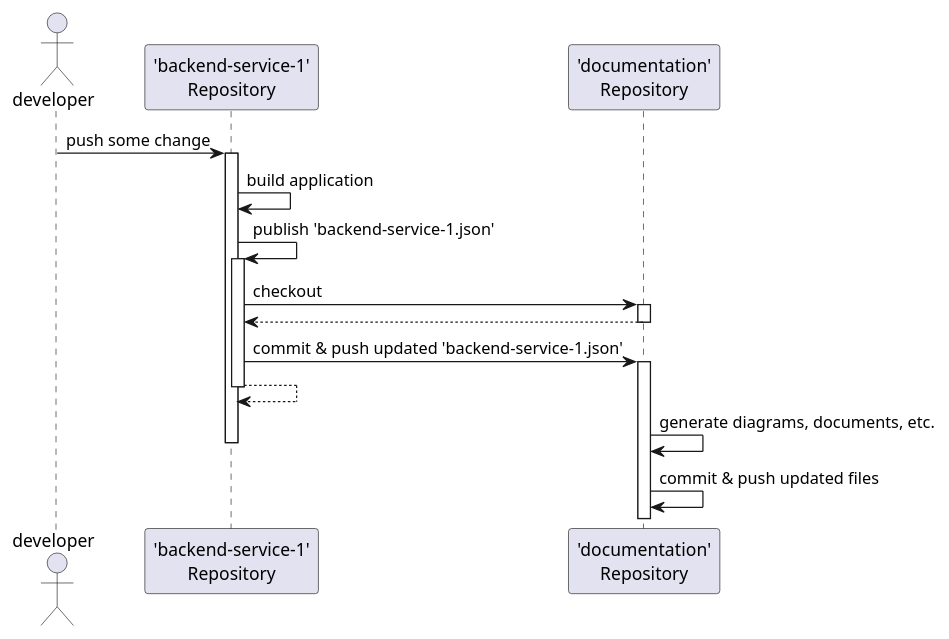
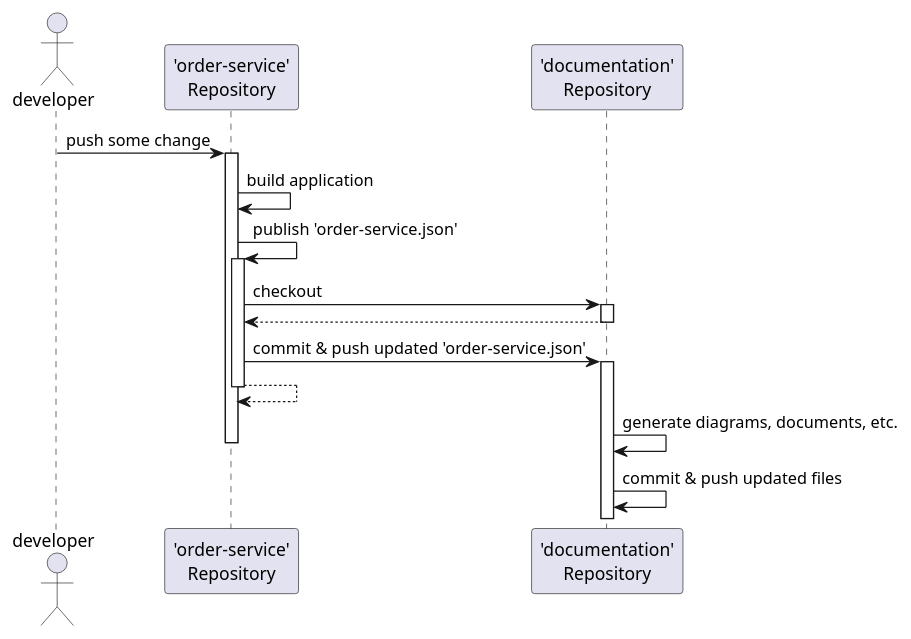
Before and after one commit to automatic-architecture-documentation/documentation: the diagram in .build/src/plantuml/extra/update-process.puml, drawn with PlantUML. The commit also changed 115 other files, not shown here.

```diff
--- a/.build/src/plantuml/extra/update-process.puml
+++ b/.build/src/plantuml/extra/update-process.puml
@@ -1,24 +1,24 @@
 @startuml
 
 actor developer as dev
-participant "'backend-service-1'\nRepository" as sr
+participant "'order-service'\nRepository" as sr
 participant "'documentation'\nRepository" as dr
 
 dev -> sr : push some change
 activate sr
 sr -> sr : build application
-sr -> sr : publish 'backend-service-1.json'
+sr -> sr : publish 'order-service.json'
 activate sr
 sr -> dr : checkout
 activate dr
 sr <--dr
 deactivate dr
-sr -> dr : commit & push updated 'backend-service-1.json'
+sr -> dr : commit & push updated 'order-service.json'
 activate dr
 sr --> sr
 deactivate sr
 dr -> dr : generate diagrams, documents, etc.
 deactivate sr
 dr -> dr : commit & push updated files
 
 @enduml
```
